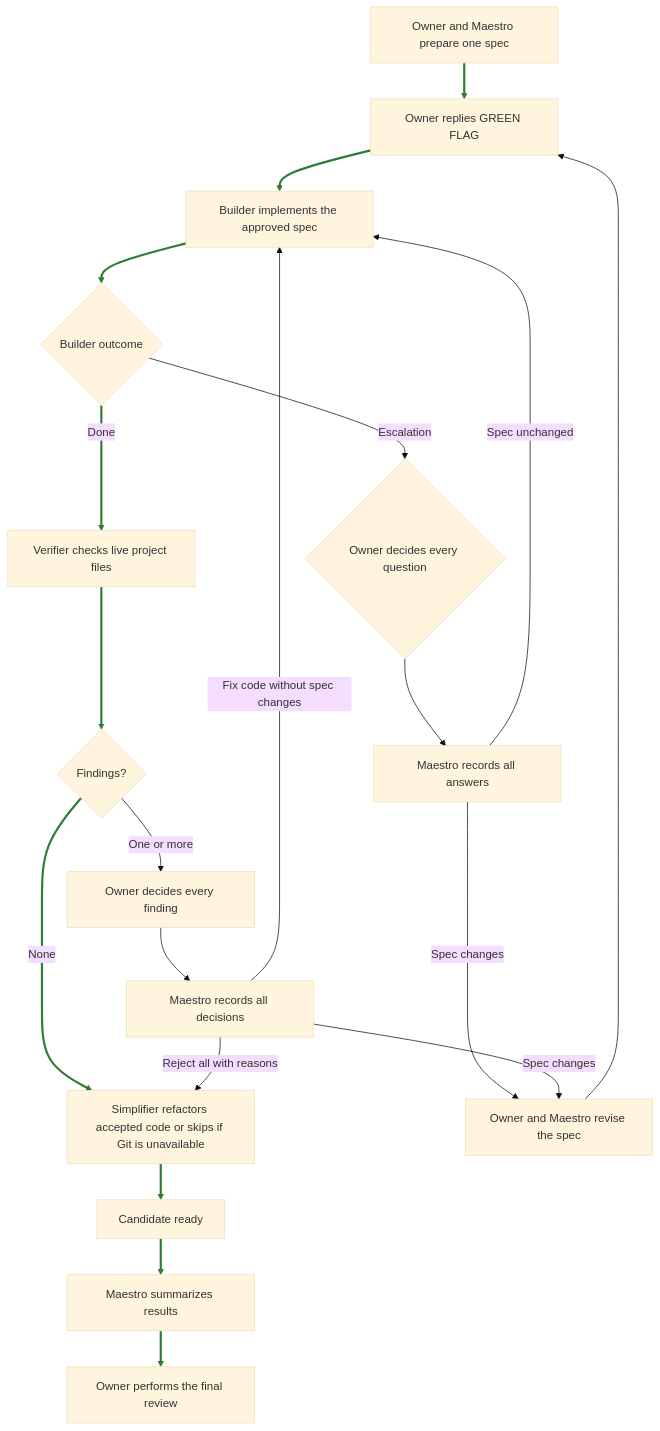
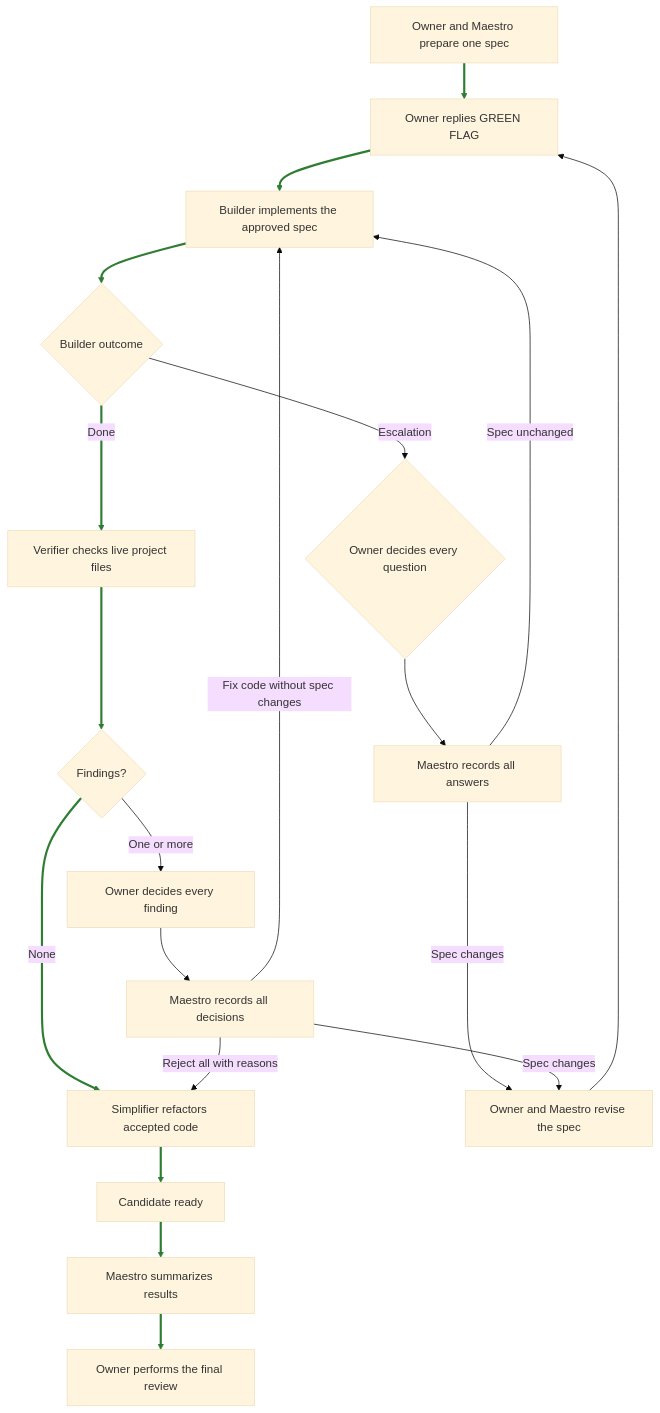
One commit to emilioSp/pi-maestro changed the diagram in docs/workflow.md. Above: the diagram before and after it, drawn with Mermaid (base theme). The commit also changed 2 other files, not shown here.

Commit message:
chore: update oxlint-anti-slop to version 0.3.8 and refine workflow documentation

````diff
--- a/docs/workflow.md
+++ b/docs/workflow.md
@@ -45,33 +45,33 @@
 ```mermaid
 flowchart TD
     spec[Owner and Maestro prepare one spec]
     approval[Owner replies GREEN FLAG]
     build[Builder implements the approved spec]
     buildOutcome{Builder outcome}
     verify[Verifier checks live project files]
     findings{Findings?}
-    simplify[Simplifier refactors accepted code or skips if Git is unavailable]
+    simplify[Simplifier refactors accepted code]
     candidate[Candidate ready]
     summary[Maestro summarizes results]
     review[Owner performs the final review]
     spec --> approval
     approval --> build
     build --> buildOutcome
     buildOutcome -->|Done| verify
     verify --> findings
     findings -->|None| simplify
     buildOutcome -->|Escalation| ownerEscalation{Owner decides every question}
     ownerEscalation --> recordEscalation[Maestro records all answers]
     recordEscalation -->|Spec unchanged| build
     recordEscalation -->|Spec changes| reviseSpec[Owner and Maestro revise the spec]
     reviseSpec --> approval
     findings -->|One or more| ownerFindings[Owner decides every finding]
     ownerFindings --> recordFindings[Maestro records all decisions]
     recordFindings -->|Reject all with reasons| simplify
     recordFindings -->|Fix code without spec changes| build
     recordFindings -->|Spec changes| reviseSpec
     simplify --> candidate
     candidate --> summary
     summary --> review
     linkStyle 0,1,2,3,4,5,16,17,18 stroke: #2e7d32, stroke-width: 3px
 ```
````
